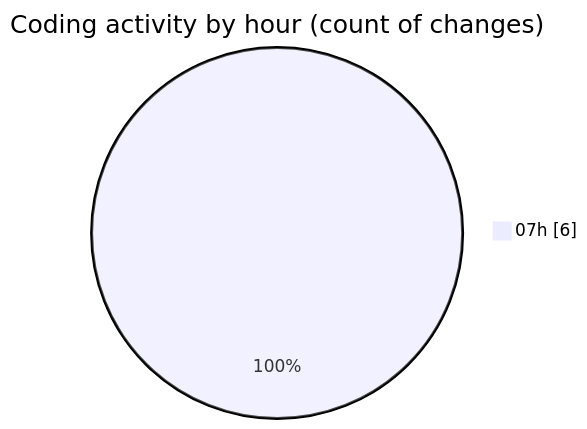
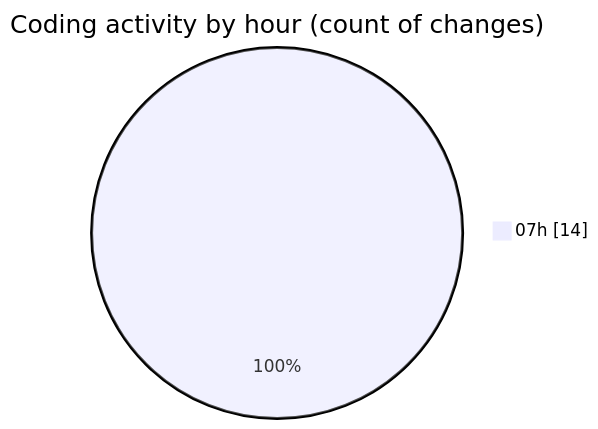
The second of 2 diagrams in 2026-04-25/darkwire/README.md (tmsrecording-cyber/code-tracking), drawn with Mermaid before and after one commit. The commit also changed other lines of this file and 1 other file, not shown here.

````diff
--- a/2026-04-25/darkwire/README.md
+++ b/2026-04-25/darkwire/README.md
@@ -34,5 +41,5 @@
 ```mermaid
 pie showData
 title Coding activity by hour (count of changes)
-"07h" : 6
+"07h" : 14
 ```
````
